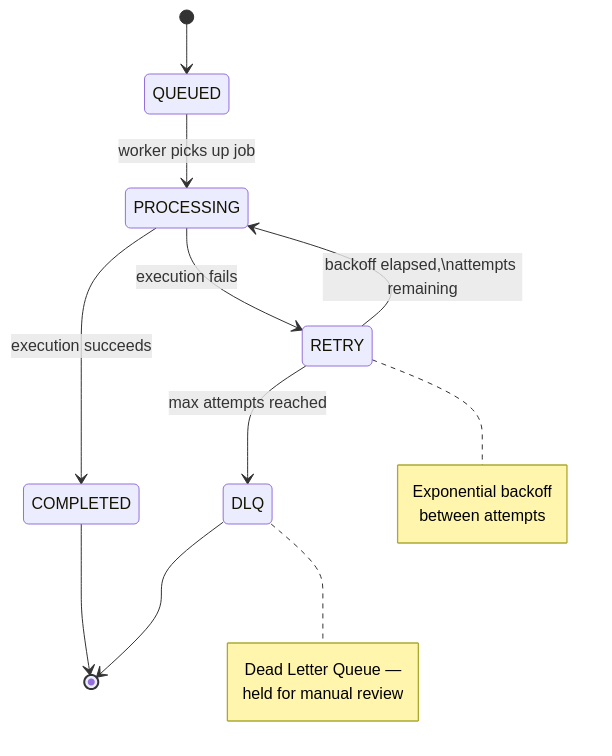
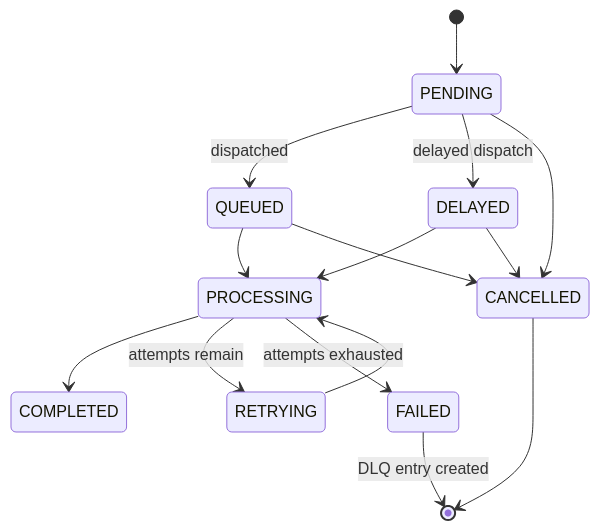
One commit to Ayushl22/Aetheris changed the second of 2 diagrams in README.md. Above: the diagram before and after it, drawn with Mermaid. The commit also changed other lines of this file, not shown here.

````diff
--- a/README.md
+++ b/README.md
@@ -135,24 +229,17 @@
 ```mermaid
 stateDiagram-v2
-    [*] --> QUEUED
-    QUEUED --> PROCESSING: worker picks up job
-
-    PROCESSING --> COMPLETED: execution succeeds
-    PROCESSING --> RETRY: execution fails
-
-    RETRY --> PROCESSING: backoff elapsed,\nattempts remaining
-    RETRY --> DLQ: max attempts reached
-
-    COMPLETED --> [*]
-    DLQ --> [*]
-
-    note right of RETRY
-        Exponential backoff
-        between attempts
-    end note
-
-    note right of DLQ
-        Dead Letter Queue —
-        held for manual review
-    end note
+    [*] --> PENDING
+    PENDING --> QUEUED: dispatched
+    PENDING --> DELAYED: delayed dispatch
+    QUEUED --> PROCESSING
+    DELAYED --> PROCESSING
+    PROCESSING --> COMPLETED
+    PROCESSING --> RETRYING: attempts remain
+    RETRYING --> PROCESSING
+    PROCESSING --> FAILED: attempts exhausted
+    FAILED --> [*]: DLQ entry created
+    PENDING --> CANCELLED
+    QUEUED --> CANCELLED
+    DELAYED --> CANCELLED
+    CANCELLED --> [*]
 ```
````
